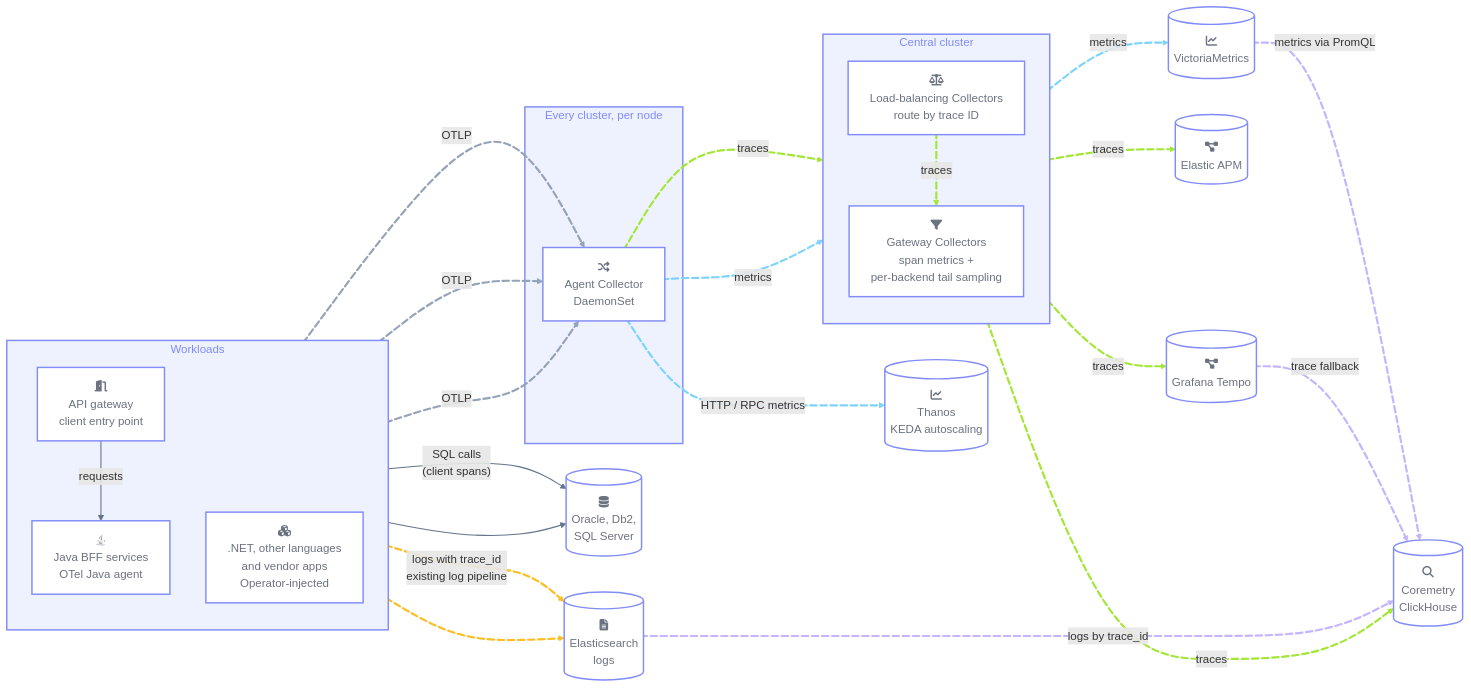
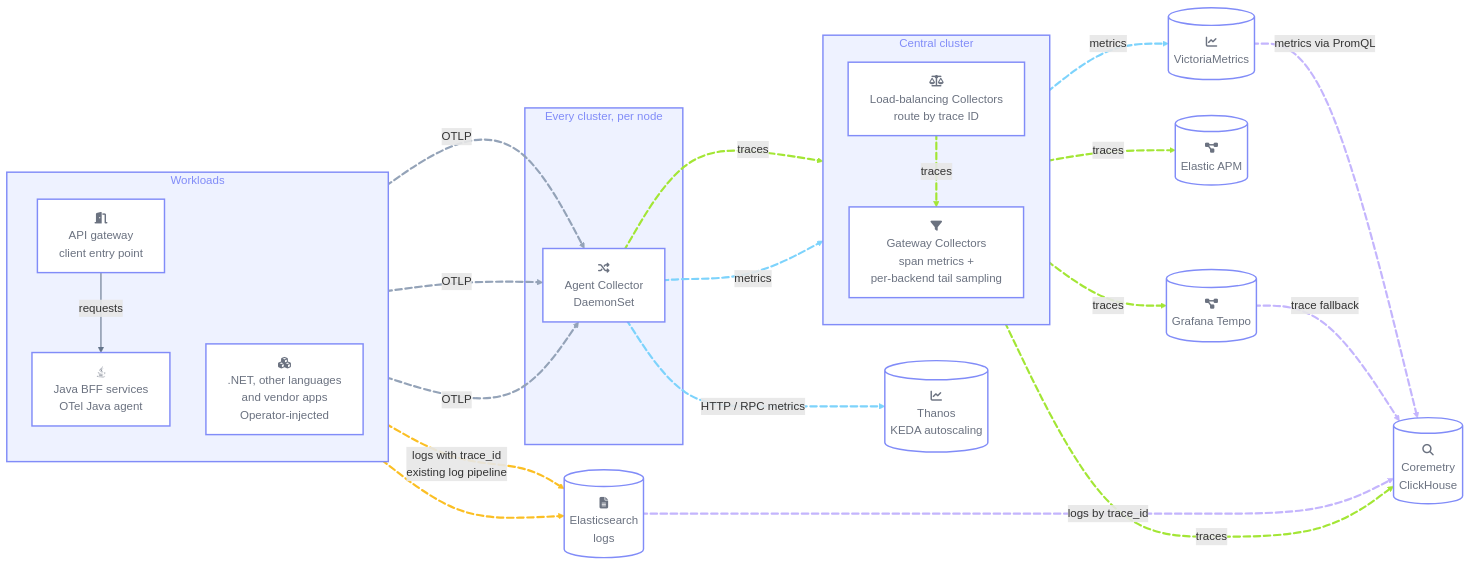
The diagram in content/en/docs/guidance/reference-implementations/akbank/index.md (open-telemetry/opentelemetry.io), drawn with Mermaid before and after one commit. The commit also changed other lines of this file, not shown here.

Commit message:
Akbank reference implementation: drop the database node from the diagram; US spelling (license)

````diff
--- a/content/en/docs/guidance/reference-implementations/akbank/index.md
+++ b/content/en/docs/guidance/reference-implementations/akbank/index.md
@@ -166,78 +166,75 @@
 ```mermaid
 ---
 config:
   flowchart:
     curve: basis
 ---
 flowchart LR
   subgraph Workloads["Workloads"]
     direction TB
     GW["fa:fa-door-open<br/>API gateway<br/>client entry point"]:::node
     J["fab:fa-java<br/>Java BFF services<br/>OTel Java agent"]:::node
     N["fa:fa-cubes<br/>.NET, other languages<br/>and vendor apps<br/>Operator-injected"]:::node
   end
   subgraph edge["Every cluster, per node"]
     A["fa:fa-shuffle<br/>Agent Collector<br/>DaemonSet"]:::node
   end
   subgraph central["Central cluster"]
     direction TB
     LB["fa:fa-scale-balanced<br/>Load-balancing Collectors<br/>route by trace ID"]:::node
     G["fa:fa-filter<br/>Gateway Collectors<br/>span metrics +<br/>per-backend tail sampling"]:::node
   end
-  DB[("fa:fa-database<br/>Oracle, Db2,<br/>SQL Server")]:::store
   K[("fa:fa-chart-line<br/>Thanos<br/>KEDA autoscaling")]:::store
   T[("fa:fa-diagram-project<br/>Grafana Tempo")]:::store
   EA[("fa:fa-diagram-project<br/>Elastic APM")]:::store
   C[("fa:fa-magnifying-glass<br/>Coremetry<br/>ClickHouse")]:::store
   M[("fa:fa-chart-line<br/>VictoriaMetrics")]:::store
   E[("fa:fa-file-lines<br/>Elasticsearch<br/>logs")]:::store
 
   J L_J_A@== OTLP ==> A
   N L_N_A@== OTLP ==> A
   A L_A_LB@== traces ==> LB
   LB L_LB_G@== traces ==> G
   A L_A_G@== metrics ==> G
   A L_A_K@== "HTTP / RPC metrics" ==> K
   G L_G_T@== traces ==> T
   G L_G_EA@== traces ==> EA
   G L_G_C@== traces ==> C
   G L_G_M@== metrics ==> M
   M L_M_C@-. "metrics via PromQL" .-> C
   J L_J_E@-. "logs with trace_id<br/>existing log pipeline" .-> E
   N L_N_E@-.-> E
   T L_T_C@-. "trace fallback" .-> C
   E L_E_C@-. "logs by trace_id" .-> C
   GW L_GW_A@== OTLP ==> A
   GW -- requests --> J
-  J -- "SQL calls<br/>(client spans)" --> DB
-  N --> DB
 
   classDef node fill:#ffffff, stroke:#818cf8, stroke-width:2px, color:#6b7280
   classDef store fill:#ffffff, stroke:#818cf8, stroke-width:2px, color:#6b7280
   style Workloads fill:#eef2ff, stroke:#818cf8, stroke-width:2px, color:#818cf8
   style edge fill:#eef2ff, stroke:#818cf8, stroke-width:2px, color:#818cf8
   style central fill:#eef2ff, stroke:#818cf8, stroke-width:2px, color:#818cf8
   linkStyle 0,1,15 stroke:#94a3b8, fill:none, stroke-width:3px
   linkStyle 2,3,6,7,8 stroke:#a3e635, fill:none, stroke-width:3px
   linkStyle 4,5,9 stroke:#7dd3fc, fill:none, stroke-width:3px
   linkStyle 11,12 stroke:#fbbf24, fill:none, stroke-width:3px
   linkStyle 10,13,14 stroke:#c4b5fd, fill:none, stroke-width:3px
-  linkStyle 16,17,18 stroke:#64748b, fill:none, stroke-width:1.5px
+  linkStyle 16 stroke:#64748b, fill:none, stroke-width:1.5px
 
   L_J_A@{ animation: fast }
   L_N_A@{ animation: fast }
   L_A_LB@{ animation: fast }
   L_LB_G@{ animation: fast }
   L_A_G@{ animation: fast }
   L_A_K@{ animation: fast }
   L_G_T@{ animation: fast }
   L_G_EA@{ animation: fast }
   L_G_C@{ animation: fast }
   L_G_M@{ animation: fast }
   L_M_C@{ animation: slow }
   L_J_E@{ animation: slow }
   L_N_E@{ animation: slow }
   L_T_C@{ animation: slow }
   L_E_C@{ animation: slow }
   L_GW_A@{ animation: fast }
 ```
````
